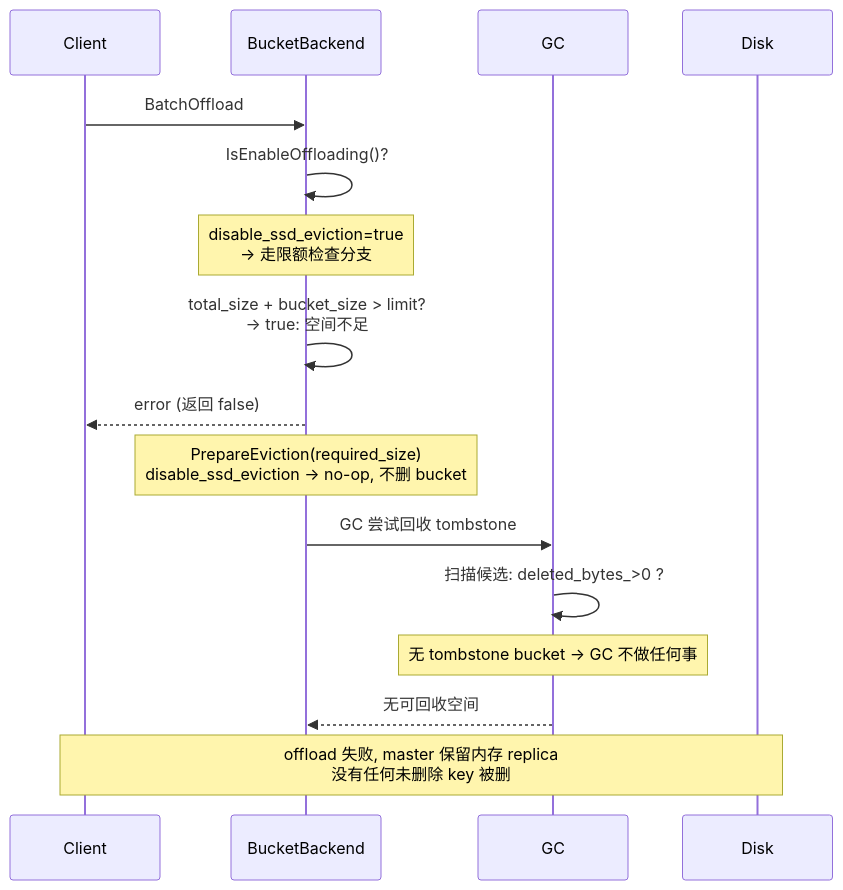
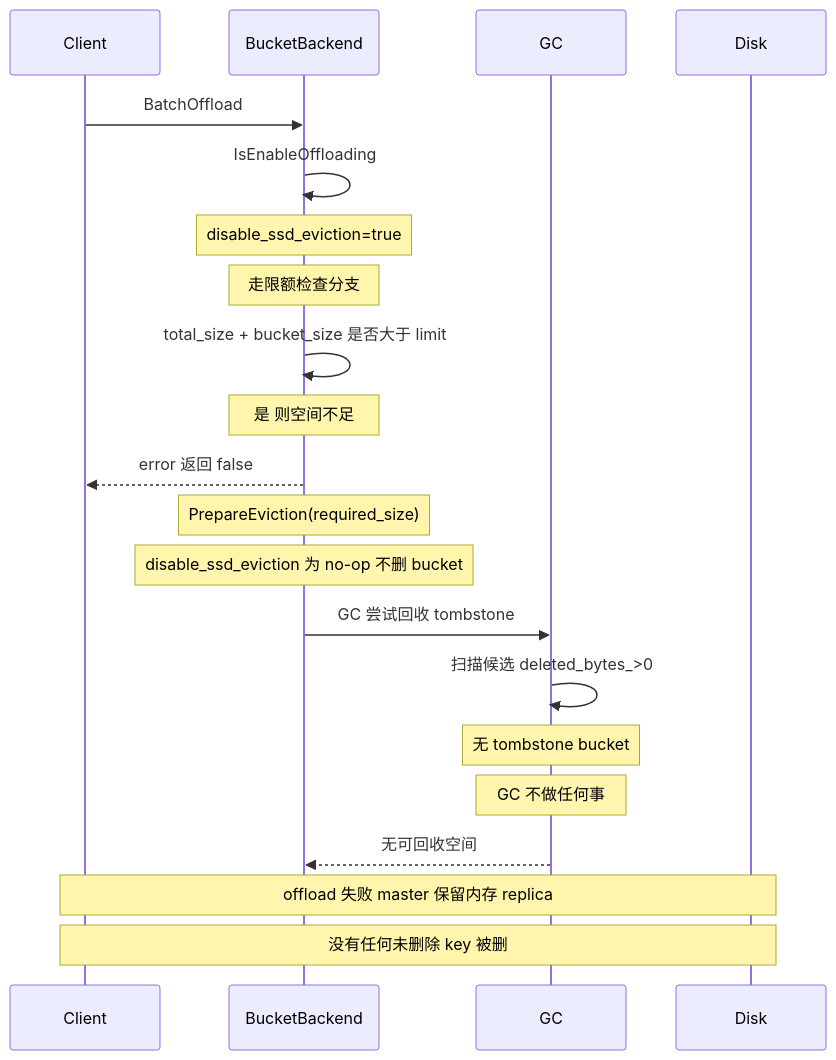
One commit to LinQuickDev/Mooncake changed the third of 4 diagrams in docs/superpowers/specs/2026-06-25-ssd-explicit-delete-gc-design.md. Above: the diagram before and after it, drawn with Mermaid. The commit also changed other lines of this file, not shown here.

First line of the commit message:
docs: fix mermaid syntax errors in sequence diagrams

````diff
--- a/docs/superpowers/specs/2026-06-25-ssd-explicit-delete-gc-design.md
+++ b/docs/superpowers/specs/2026-06-25-ssd-explicit-delete-gc-design.md
@@ -602,21 +610,26 @@
 ```mermaid
 sequenceDiagram
     participant Client
     participant BB as BucketBackend
     participant GC
     participant Disk
 
     Client->>BB: BatchOffload
-    BB->>BB: IsEnableOffloading()?
-    Note over BB: disable_ssd_eviction=true<br/>→ 走限额检查分支
-    BB->>BB: total_size + bucket_size > limit?<br/>→ true: 空间不足
-    BB-->>Client: error (返回 false)
-    Note over BB: PrepareEviction(required_size)<br/>disable_ssd_eviction → no-op, 不删 bucket
+    BB->>BB: IsEnableOffloading
+    Note over BB: disable_ssd_eviction=true
+    Note over BB: 走限额检查分支
+    BB->>BB: total_size + bucket_size 是否大于 limit
+    Note over BB: 是 则空间不足
+    BB-->>Client: error 返回 false
+    Note over BB: PrepareEviction(required_size)
+    Note over BB: disable_ssd_eviction 为 no-op 不删 bucket
 
     BB->>GC: GC 尝试回收 tombstone
-    GC->>GC: 扫描候选: deleted_bytes_>0 ?
-    Note over GC: 无 tombstone bucket → GC 不做任何事
+    GC->>GC: 扫描候选 deleted_bytes_>0
+    Note over GC: 无 tombstone bucket
+    Note over GC: GC 不做任何事
     GC-->>BB: 无可回收空间
 
-    Note over Client,Disk: offload 失败, master 保留内存 replica<br/>没有任何未删除 key 被删
+    Note over Client,Disk: offload 失败 master 保留内存 replica
+    Note over Client,Disk: 没有任何未删除 key 被删
 ```
````
